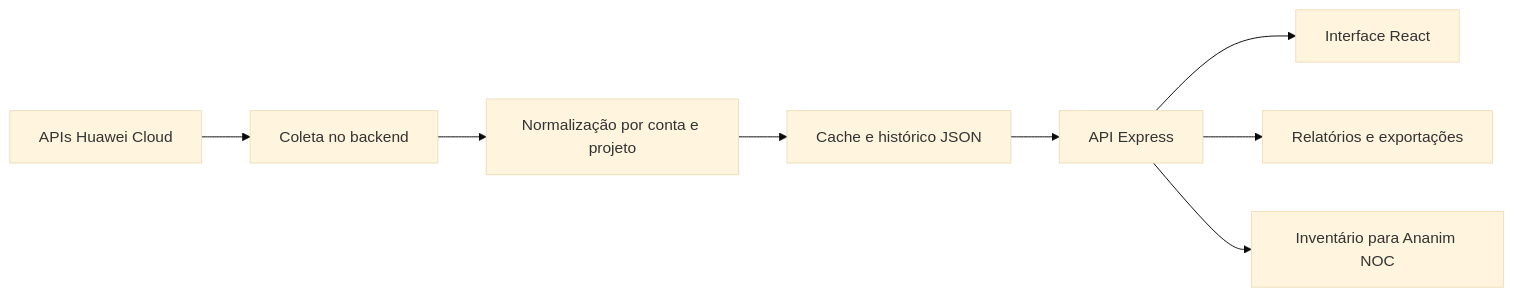
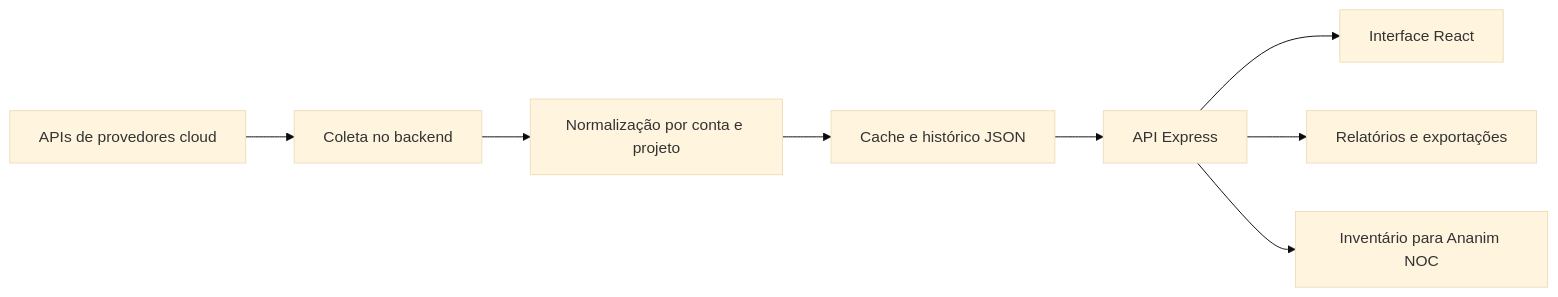
One commit to gsouzacloud/cloud-report-portfolio changed the diagram in ARCHITECTURE.md. Above: the diagram before and after it, drawn with Mermaid (base theme). The commit also changed other lines of this file and 1 other file, not shown here.

````diff
--- a/ARCHITECTURE.md
+++ b/ARCHITECTURE.md
@@ -5,10 +5,10 @@
 ```mermaid
 flowchart LR
-  A[APIs Huawei Cloud] --> B[Coleta no backend]
+  A[APIs de provedores cloud] --> B[Coleta no backend]
   B --> C[Normalização por conta e projeto]
   C --> D[Cache e histórico JSON]
   D --> E[API Express]
   E --> F[Interface React]
   E --> G[Relatórios e exportações]
   E --> H[Inventário para Ananim NOC]
 ```
````
